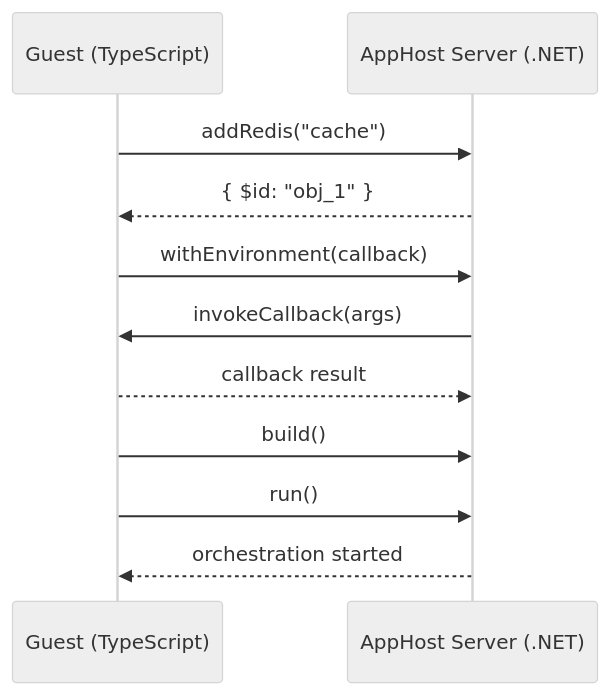
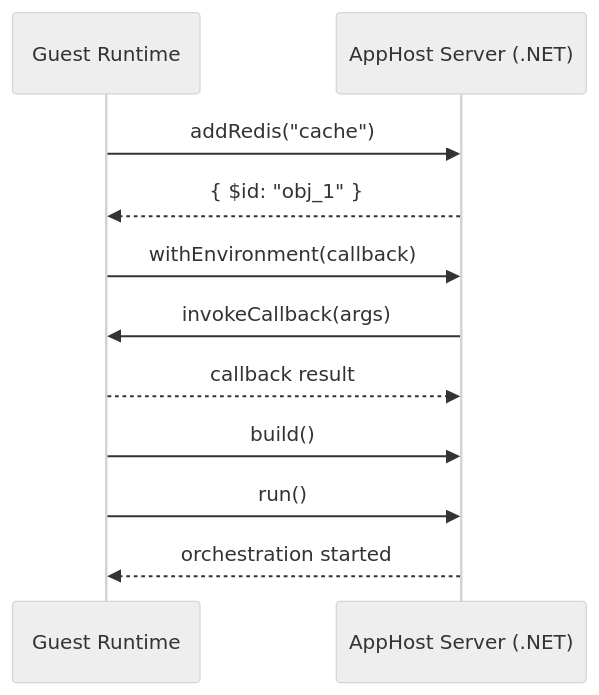
One commit to dotnet/aspire changed the second of 3 diagrams in docs/specs/polyglot-apphost.md. Above: the diagram before and after it, drawn with Mermaid (neutral theme). The commit also changed other lines of this file and 1 other file, not shown here.

Commit message:
refactor: Update log message to reflect AppHost server connection in TypeScript code generator

````diff
--- a/docs/specs/polyglot-apphost.md
+++ b/docs/specs/polyglot-apphost.md
@@ -58,16 +57,16 @@
 ```mermaid
 sequenceDiagram
-    participant G as Guest (TypeScript)
+    participant G as Guest Runtime
     participant H as AppHost Server (.NET)
 
     G->>H: addRedis("cache")
     H-->>G: { $id: "obj_1" }
 
     G->>H: withEnvironment(callback)
     H->>G: invokeCallback(args)
     G-->>H: callback result
 
     G->>H: build()
     G->>H: run()
     H-->>G: orchestration started
 ```
````
